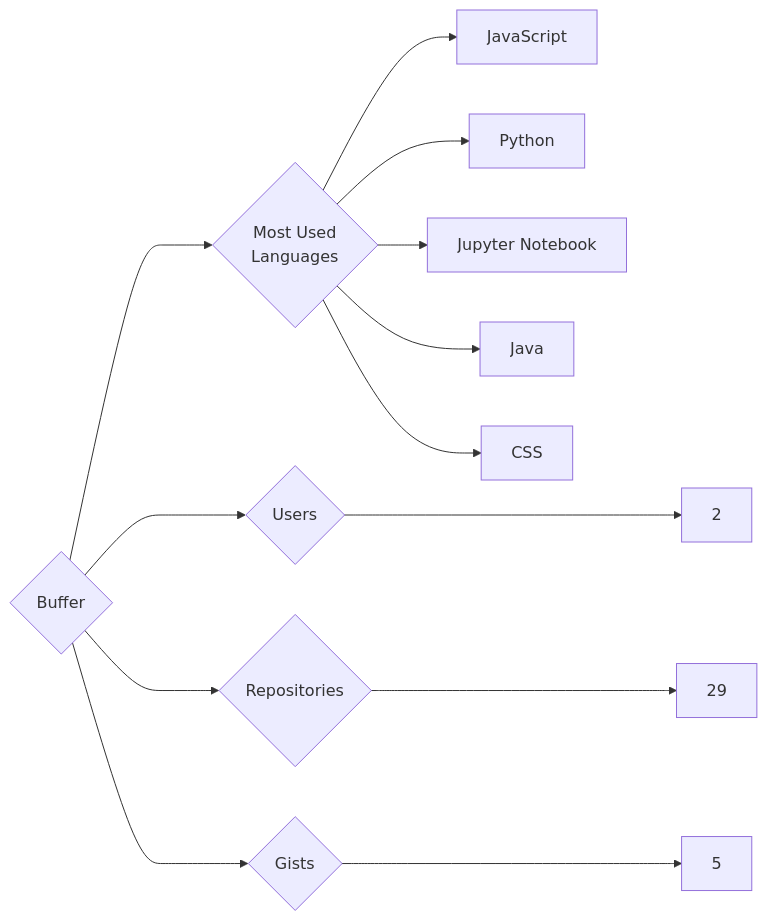
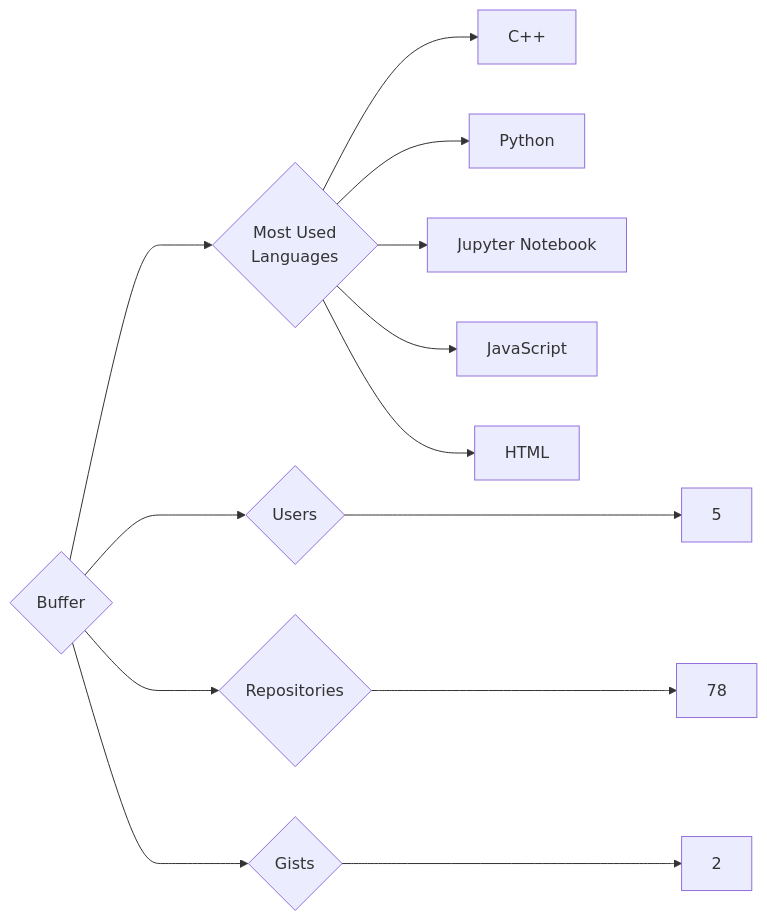
The diagram in targets/Buffer/README.md (trickest/insiders), drawn with Mermaid before and after one commit. The commit also changed 965 other files, not shown here.

````diff
--- a/targets/Buffer/README.md
+++ b/targets/Buffer/README.md
@@ -3,13 +3,13 @@
 ```mermaid
 graph LR
 COMPANY_NAME{Buffer}
-COMPANY_NAME ---> U{Users} ---> UN[2]
-COMPANY_NAME ---> R{Repositories} ---> RN[29]
-COMPANY_NAME ---> G{Gists} ---> GN[5]
+COMPANY_NAME ---> U{Users} ---> UN[5]
+COMPANY_NAME ---> R{Repositories} ---> RN[78]
+COMPANY_NAME ---> G{Gists} ---> GN[2]
 COMPANY_NAME ---> ML{Most Used<br>Languages}
-ML --> JavaScript[JavaScript]
+ML --> C++[C++]
 ML --> Python[Python]
 ML --> Jupyter_Notebook[Jupyter Notebook]
-ML --> Java[Java]
-ML --> CSS[CSS]
+ML --> JavaScript[JavaScript]
+ML --> HTML[HTML]
 ```
````
